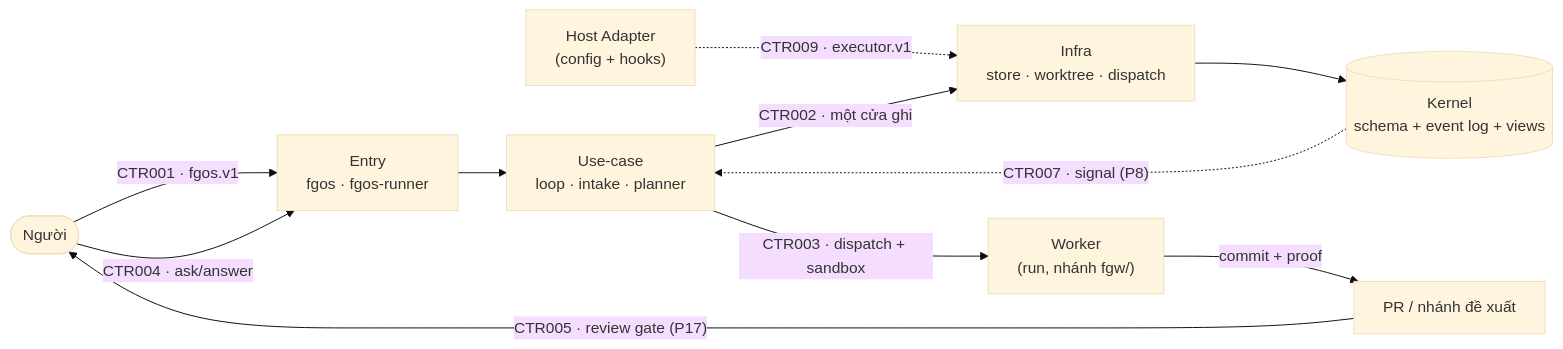
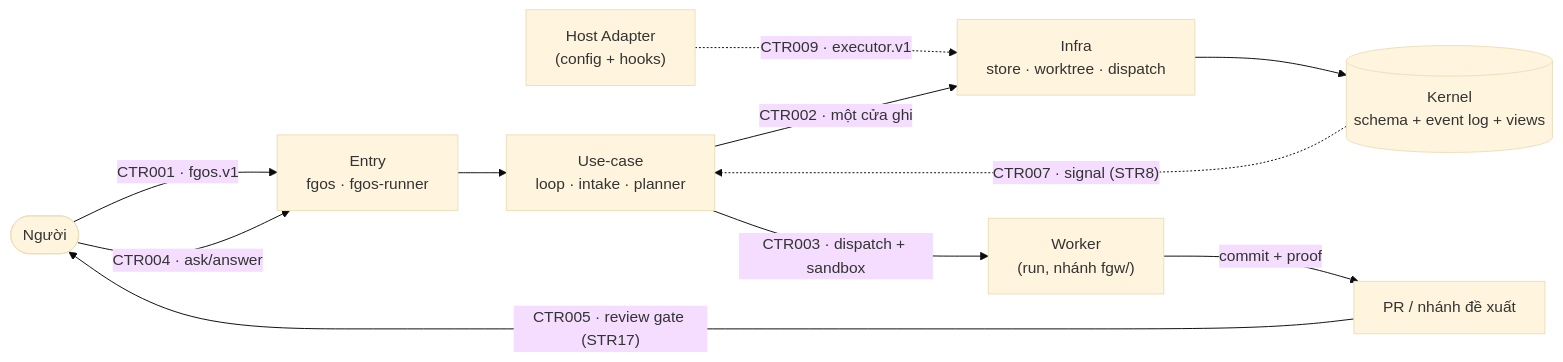
The fourth of 5 diagrams in docs/architecture-map.md (vantt/forgent), drawn with Mermaid (base theme) before and after one commit. The commit also changed other lines of this file and 9 other files, not shown here.

````diff
--- a/docs/architecture-map.md
+++ b/docs/architecture-map.md
@@ -355,22 +355,22 @@
 ```mermaid
 flowchart LR
     HU([Người])
     HOST["Host Adapter<br/>(config + hooks)"]
     CLI["Entry<br/>fgos · fgos-runner"]
     UC["Use-case<br/>loop · intake · planner"]
     ST["Infra<br/>store · worktree · dispatch"]
     K[("Kernel<br/>schema + event log + views")]
     WK["Worker<br/>(run, nhánh fgw/)"]
     PR["PR / nhánh đề xuất"]
 
     HU -- "CTR001 · fgos.v1" --> CLI
     HOST -. "CTR009 · executor.v1" .-> ST
     CLI --> UC
     UC -- "CTR002 · một cửa ghi" --> ST
     ST --> K
     UC -- "CTR003 · dispatch + sandbox" --> WK
     WK -- "commit + proof" --> PR
-    PR -- "CTR005 · review gate (P17)" --> HU
+    PR -- "CTR005 · review gate (STR17)" --> HU
     HU -- "CTR004 · ask/answer" --> CLI
-    K -. "CTR007 · signal (P8)" .-> UC
+    K -. "CTR007 · signal (STR8)" .-> UC
 ```
````
